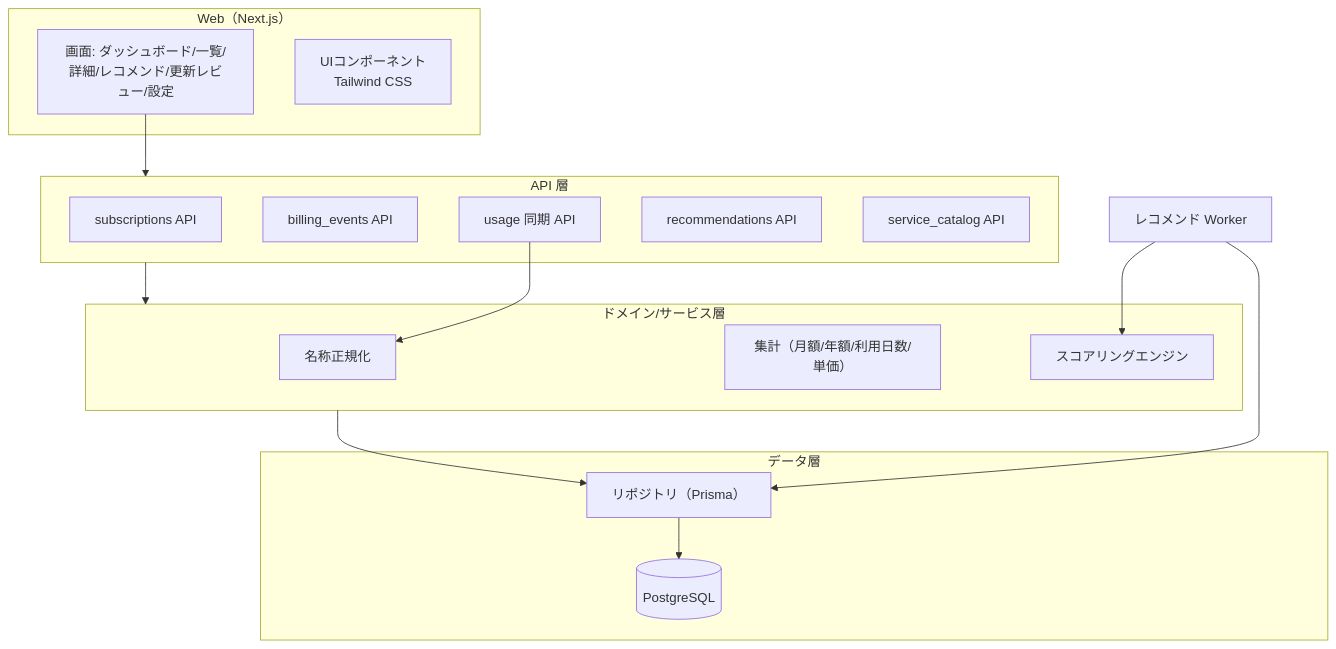
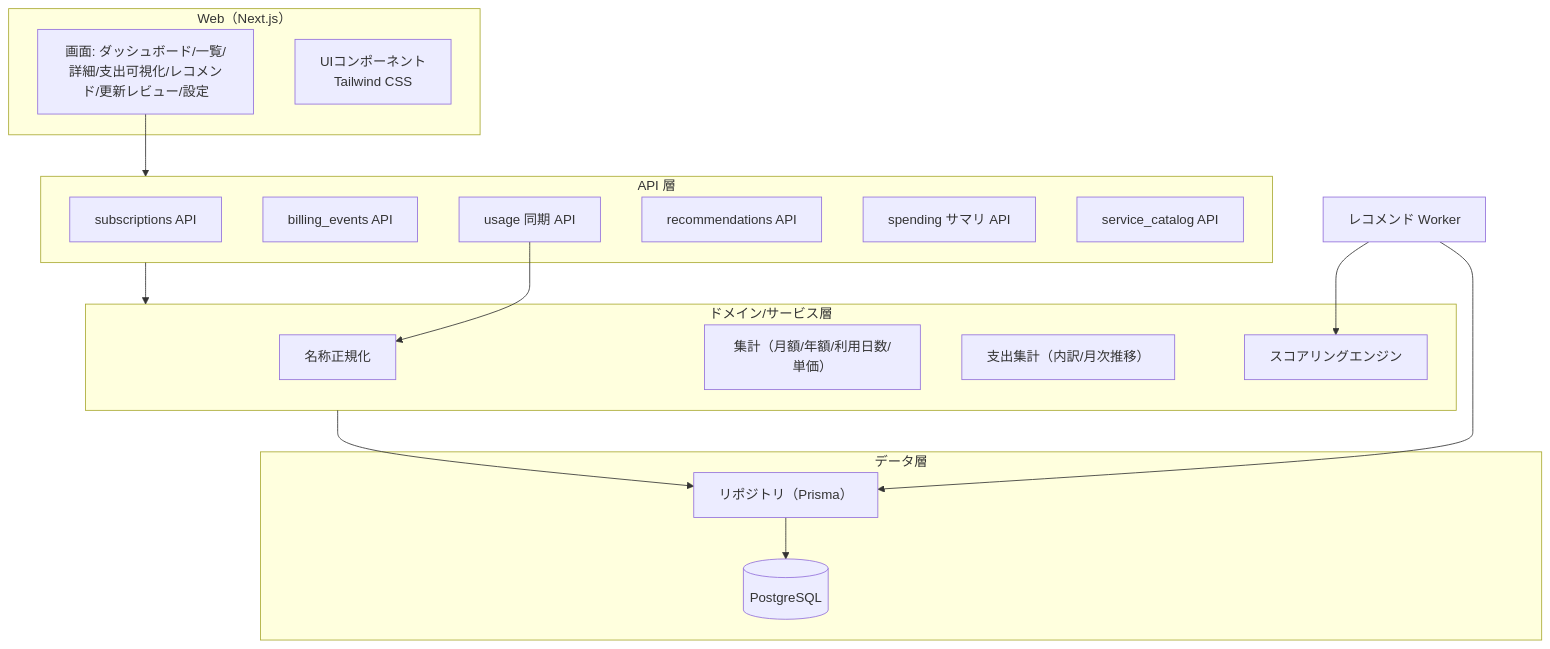
The fourth of 7 diagrams in docs/functional-design.md (Shintaro-Abe/SubBuddy), drawn with Mermaid before and after one commit. The commit also changed other lines of this file and 24 other files, not shown here.

````diff
--- a/docs/functional-design.md
+++ b/docs/functional-design.md
@@ -303,31 +307,33 @@
 ```mermaid
 flowchart TB
   subgraph WebApp[Web（Next.js）]
-    Pages[画面: ダッシュボード/一覧/詳細/レコメンド/更新レビュー/設定]
+    Pages[画面: ダッシュボード/一覧/詳細/支出可視化/レコメンド/更新レビュー/設定]
     UIComp[UIコンポーネント<br/>Tailwind CSS]
   end
   subgraph APILayer[API 層]
     SubAPI[subscriptions API]
     BillAPI[billing_events API]
     UsageAPI[usage 同期 API]
     RecoAPI[recommendations API]
+    SpendAPI[spending サマリ API]
     CatalogAPI[service_catalog API]
   end
   subgraph Domain[ドメイン/サービス層]
     Normalizer[名称正規化]
     Aggregator[集計（月額/年額/利用日数/単価）]
+    SpendAgg[支出集計（内訳/月次推移）]
     Scoring[スコアリングエンジン]
   end
   subgraph Data[データ層]
     Repo[リポジトリ（Prisma）]
     PG[(PostgreSQL)]
   end
   WorkerC[レコメンド Worker]
 
   Pages --> APILayer
   APILayer --> Domain
   Domain --> Repo --> PG
   WorkerC --> Scoring
   WorkerC --> Repo
   UsageAPI --> Normalizer
 ```
````
